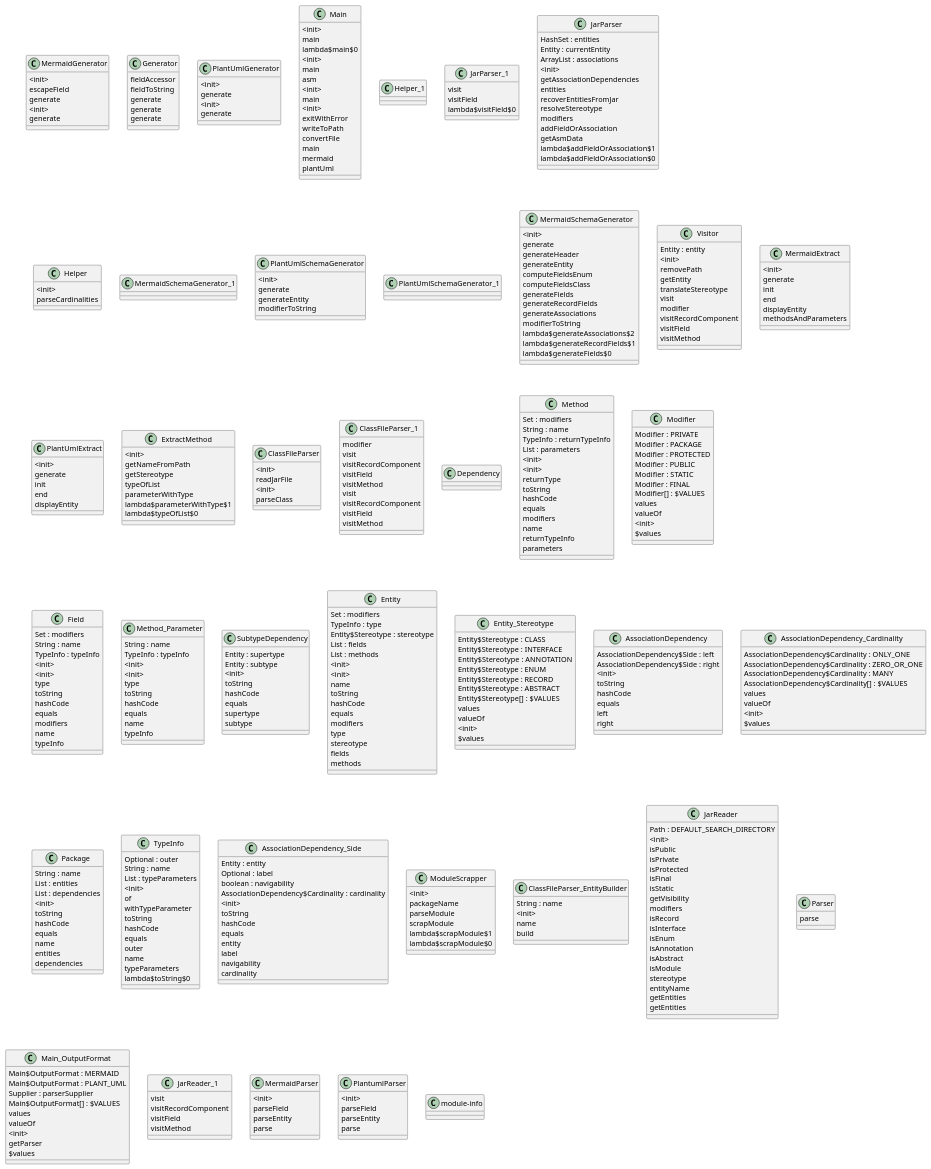
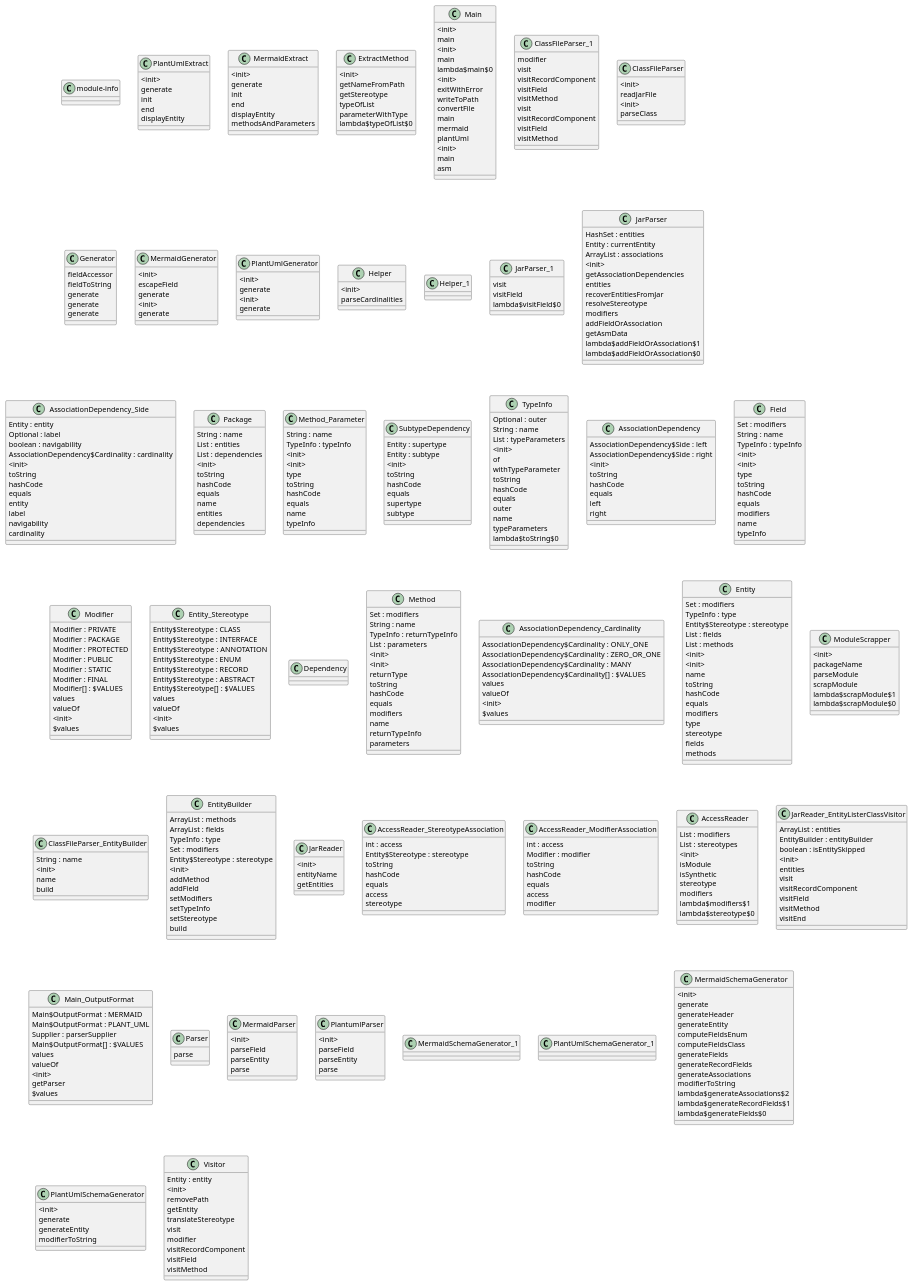
The diagram in src/main/java/com/github/veluvexiau/umldoc/core/plantExport.md (forax/umldoc), drawn with PlantUML before and after one commit. The commit also changed 5 other files, not shown here.

````diff
--- a/src/main/java/com/github/veluvexiau/umldoc/core/plantExport.md
+++ b/src/main/java/com/github/veluvexiau/umldoc/core/plantExport.md
@@ -1,15 +1,62 @@
 ```plantuml
 @startuml
 ' umldoc
-	class MermaidGenerator{
+	class module-info{
+	}
+
+	class PlantUmlExtract{
 		<init>
-		escapeField
 		generate
+		init
+		end
+		displayEntity
+	}
+
+	class MermaidExtract{
+		<init>
+		generate
+		init
+		end
+		displayEntity
+		methodsAndParameters
+	}
+
+	class ExtractMethod{
+		<init>
+		getNameFromPath
+		getStereotype
+		typeOfList
+		parameterWithType
+		lambda$typeOfList$0
+	}
+
+	class Main{
+		<init>
+		main
+	}
+
+	class ClassFileParser_1{
+		modifier
+		visit
+		visitRecordComponent
+		visitField
+		visitMethod
+	}
+
+	class ClassFileParser{
+		<init>
+		readJarFile
 	}
 
 	class Generator{
 		fieldAccessor
 		fieldToString
+		generate
+	}
+
+	class MermaidGenerator{
+		<init>
+		escapeField
 		generate
 	}
 
@@ -22,6 +69,11 @@
 		<init>
 		main
 		lambda$main$0
+	}
+
+	class Helper{
+		<init>
+		parseCardinalities
 	}
 
 	class Helper_1{
@@ -49,114 +101,12 @@
 		lambda$addFieldOrAssociation$0
 	}
 
-	class Helper{
-		<init>
-		parseCardinalities
-	}
-
-	class Main{
-		<init>
-		main
-		asm
-	}
-
-	class MermaidSchemaGenerator_1{
-	}
-
 	class Generator{
 		generate
 	}
 
-	class PlantUmlSchemaGenerator{
-		<init>
-		generate
-		generateEntity
-		modifierToString
-	}
-
-	class PlantUmlSchemaGenerator_1{
-	}
-
-	class MermaidSchemaGenerator{
-		<init>
-		generate
-		generateHeader
-		generateEntity
-		computeFieldsEnum
-		computeFieldsClass
-		generateFields
-		generateRecordFields
-		generateAssociations
-		modifierToString
-		lambda$generateAssociations$2
-		lambda$generateRecordFields$1
-		lambda$generateFields$0
-	}
-
-	class Visitor{
-		Entity : entity
-		<init>
-		removePath
-		getEntity
-		translateStereotype
-		visit
-		modifier
-		visitRecordComponent
-		visitField
-		visitMethod
-	}
-
-	class MermaidExtract{
-		<init>
-		generate
-		init
-		end
-		displayEntity
-		methodsAndParameters
-	}
-
-	class PlantUmlExtract{
-		<init>
-		generate
-		init
-		end
-		displayEntity
-	}
-
-	class ExtractMethod{
-		<init>
-		getNameFromPath
-		getStereotype
-		typeOfList
-		parameterWithType
-		lambda$parameterWithType$1
-		lambda$typeOfList$0
-	}
-
-	class Main{
-		<init>
-		main
-	}
-
-	class ClassFileParser{
-		<init>
-		readJarFile
-	}
-
-	class ClassFileParser_1{
-		modifier
-		visit
-		visitRecordComponent
-		visitField
-		visitMethod
-	}
-
 	class MermaidGenerator{
 		<init>
-		generate
-	}
-
-	class Generator{
 		generate
 	}
 
@@ -165,53 +115,32 @@
 		generate
 	}
 
-	class Dependency{
-	}
-
-	class Method{
-		Set : modifiers
-		String : name
-		TypeInfo : returnTypeInfo
-		List : parameters
+	class AssociationDependency_Side{
+		Entity : entity
+		Optional : label
+		boolean : navigability
+		AssociationDependency$Cardinality : cardinality
 		<init>
-		<init>
-		returnType
 		toString
 		hashCode
 		equals
-		modifiers
-		name
-		returnTypeInfo
-		parameters
+		entity
+		label
+		navigability
+		cardinality
 	}
 
-	class Modifier{
-		Modifier : PRIVATE
-		Modifier : PACKAGE
-		Modifier : PROTECTED
-		Modifier : PUBLIC
-		Modifier : STATIC
-		Modifier : FINAL
-		Modifier[] : $VALUES
-		values
-		valueOf
+	class Package{
+		String : name
+		List : entities
+		List : dependencies
 		<init>
-		$values
-	}
-
-	class Field{
-		Set : modifiers
-		String : name
-		TypeInfo : typeInfo
-		<init>
-		<init>
-		type
 		toString
 		hashCode
 		equals
-		modifiers
 		name
-		typeInfo
+		entities
+		dependencies
 	}
 
 	class Method_Parameter{
@@ -238,6 +167,107 @@
 		subtype
 	}
 
+	class TypeInfo{
+		Optional : outer
+		String : name
+		List : typeParameters
+		<init>
+		of
+		withTypeParameter
+		toString
+		hashCode
+		equals
+		outer
+		name
+		typeParameters
+		lambda$toString$0
+	}
+
+	class AssociationDependency{
+		AssociationDependency$Side : left
+		AssociationDependency$Side : right
+		<init>
+		toString
+		hashCode
+		equals
+		left
+		right
+	}
+
+	class Field{
+		Set : modifiers
+		String : name
+		TypeInfo : typeInfo
+		<init>
+		<init>
+		type
+		toString
+		hashCode
+		equals
+		modifiers
+		name
+		typeInfo
+	}
+
+	class Modifier{
+		Modifier : PRIVATE
+		Modifier : PACKAGE
+		Modifier : PROTECTED
+		Modifier : PUBLIC
+		Modifier : STATIC
+		Modifier : FINAL
+		Modifier[] : $VALUES
+		values
+		valueOf
+		<init>
+		$values
+	}
+
+	class Entity_Stereotype{
+		Entity$Stereotype : CLASS
+		Entity$Stereotype : INTERFACE
+		Entity$Stereotype : ANNOTATION
+		Entity$Stereotype : ENUM
+		Entity$Stereotype : RECORD
+		Entity$Stereotype : ABSTRACT
+		Entity$Stereotype[] : $VALUES
+		values
+		valueOf
+		<init>
+		$values
+	}
+
+	class Dependency{
+	}
+
+	class Method{
+		Set : modifiers
+		String : name
+		TypeInfo : returnTypeInfo
+		List : parameters
+		<init>
+		<init>
+		returnType
+		toString
+		hashCode
+		equals
+		modifiers
+		name
+		returnTypeInfo
+		parameters
+	}
+
+	class AssociationDependency_Cardinality{
+		AssociationDependency$Cardinality : ONLY_ONE
+		AssociationDependency$Cardinality : ZERO_OR_ONE
+		AssociationDependency$Cardinality : MANY
+		AssociationDependency$Cardinality[] : $VALUES
+		values
+		valueOf
+		<init>
+		$values
+	}
+
 	class Entity{
 		Set : modifiers
 		TypeInfo : type
@@ -257,86 +287,6 @@
 		methods
 	}
 
-	class Entity_Stereotype{
-		Entity$Stereotype : CLASS
-		Entity$Stereotype : INTERFACE
-		Entity$Stereotype : ANNOTATION
-		Entity$Stereotype : ENUM
-		Entity$Stereotype : RECORD
-		Entity$Stereotype : ABSTRACT
-		Entity$Stereotype[] : $VALUES
-		values
-		valueOf
-		<init>
-		$values
-	}
-
-	class AssociationDependency{
-		AssociationDependency$Side : left
-		AssociationDependency$Side : right
-		<init>
-		toString
-		hashCode
-		equals
-		left
-		right
-	}
-
-	class AssociationDependency_Cardinality{
-		AssociationDependency$Cardinality : ONLY_ONE
-		AssociationDependency$Cardinality : ZERO_OR_ONE
-		AssociationDependency$Cardinality : MANY
-		AssociationDependency$Cardinality[] : $VALUES
-		values
-		valueOf
-		<init>
-		$values
-	}
-
-	class Package{
-		String : name
-		List : entities
-		List : dependencies
-		<init>
-		toString
-		hashCode
-		equals
-		name
-		entities
-		dependencies
-	}
-
-	class TypeInfo{
-		Optional : outer
-		String : name
-		List : typeParameters
-		<init>
-		of
-		withTypeParameter
-		toString
-		hashCode
-		equals
-		outer
-		name
-		typeParameters
-		lambda$toString$0
-	}
-
-	class AssociationDependency_Side{
-		Entity : entity
-		Optional : label
-		boolean : navigability
-		AssociationDependency$Cardinality : cardinality
-		<init>
-		toString
-		hashCode
-		equals
-		entity
-		label
-		navigability
-		cardinality
-	}
-
 	class ModuleScrapper{
 		<init>
 		packageName
@@ -346,16 +296,16 @@
 		lambda$scrapModule$0
 	}
 
-	class ClassFileParser{
-		<init>
-		parseClass
-	}
-
 	class ClassFileParser_1{
 		visit
 		visitRecordComponent
 		visitField
 		visitMethod
+	}
+
+	class ClassFileParser{
+		<init>
+		parseClass
 	}
 
 	class ClassFileParser_EntityBuilder{
@@ -365,40 +315,70 @@
 		build
 	}
 
-	class Main{
+	class EntityBuilder{
+		ArrayList : methods
+		ArrayList : fields
+		TypeInfo : type
+		Set : modifiers
+		Entity$Stereotype : stereotype
 		<init>
-		exitWithError
-		writeToPath
-		convertFile
-		main
-		mermaid
-		plantUml
+		addMethod
+		addField
+		setModifiers
+		setTypeInfo
+		setStereotype
+		build
 	}
 
 	class JarReader{
-		Path : DEFAULT_SEARCH_DIRECTORY
 		<init>
-		isPublic
-		isPrivate
-		isProtected
-		isFinal
-		isStatic
-		getVisibility
-		modifiers
-		isRecord
-		isInterface
-		isEnum
-		isAnnotation
-		isAbstract
-		isModule
-		stereotype
 		entityName
-		getEntities
 		getEntities
 	}
 
-	class Parser{
-		parse
+	class AccessReader_StereotypeAssociation{
+		int : access
+		Entity$Stereotype : stereotype
+		toString
+		hashCode
+		equals
+		access
+		stereotype
+	}
+
+	class AccessReader_ModifierAssociation{
+		int : access
+		Modifier : modifier
+		toString
+		hashCode
+		equals
+		access
+		modifier
+	}
+
+	class AccessReader{
+		List : modifiers
+		List : stereotypes
+		<init>
+		isModule
+		isSynthetic
+		stereotype
+		modifiers
+		lambda$modifiers$1
+		lambda$stereotype$0
+	}
+
+	class JarReader_EntityListerClassVisitor{
+		ArrayList : entities
+		EntityBuilder : entityBuilder
+		boolean : isEntitySkipped
+		<init>
+		entities
+		visit
+		visitRecordComponent
+		visitField
+		visitMethod
+		visitEnd
 	}
 
 	class Main_OutputFormat{
@@ -413,11 +393,8 @@
 		$values
 	}
 
-	class JarReader_1{
-		visit
-		visitRecordComponent
-		visitField
-		visitMethod
+	class Parser{
+		parse
 	}
 
 	class MermaidParser{
@@ -427,6 +404,16 @@
 		parse
 	}
 
+	class Main{
+		<init>
+		exitWithError
+		writeToPath
+		convertFile
+		main
+		mermaid
+		plantUml
+	}
+
 	class PlantumlParser{
 		<init>
 		parseField
@@ -434,7 +421,56 @@
 		parse
 	}
 
-	class module-info{
+	class MermaidSchemaGenerator_1{
+	}
+
+	class Generator{
+		generate
+	}
+
+	class PlantUmlSchemaGenerator_1{
+	}
+
+	class MermaidSchemaGenerator{
+		<init>
+		generate
+		generateHeader
+		generateEntity
+		computeFieldsEnum
+		computeFieldsClass
+		generateFields
+		generateRecordFields
+		generateAssociations
+		modifierToString
+		lambda$generateAssociations$2
+		lambda$generateRecordFields$1
+		lambda$generateFields$0
+	}
+
+	class PlantUmlSchemaGenerator{
+		<init>
+		generate
+		generateEntity
+		modifierToString
+	}
+
+	class Main{
+		<init>
+		main
+		asm
+	}
+
+	class Visitor{
+		Entity : entity
+		<init>
+		removePath
+		getEntity
+		translateStereotype
+		visit
+		modifier
+		visitRecordComponent
+		visitField
+		visitMethod
 	}
 
 @enduml
````
